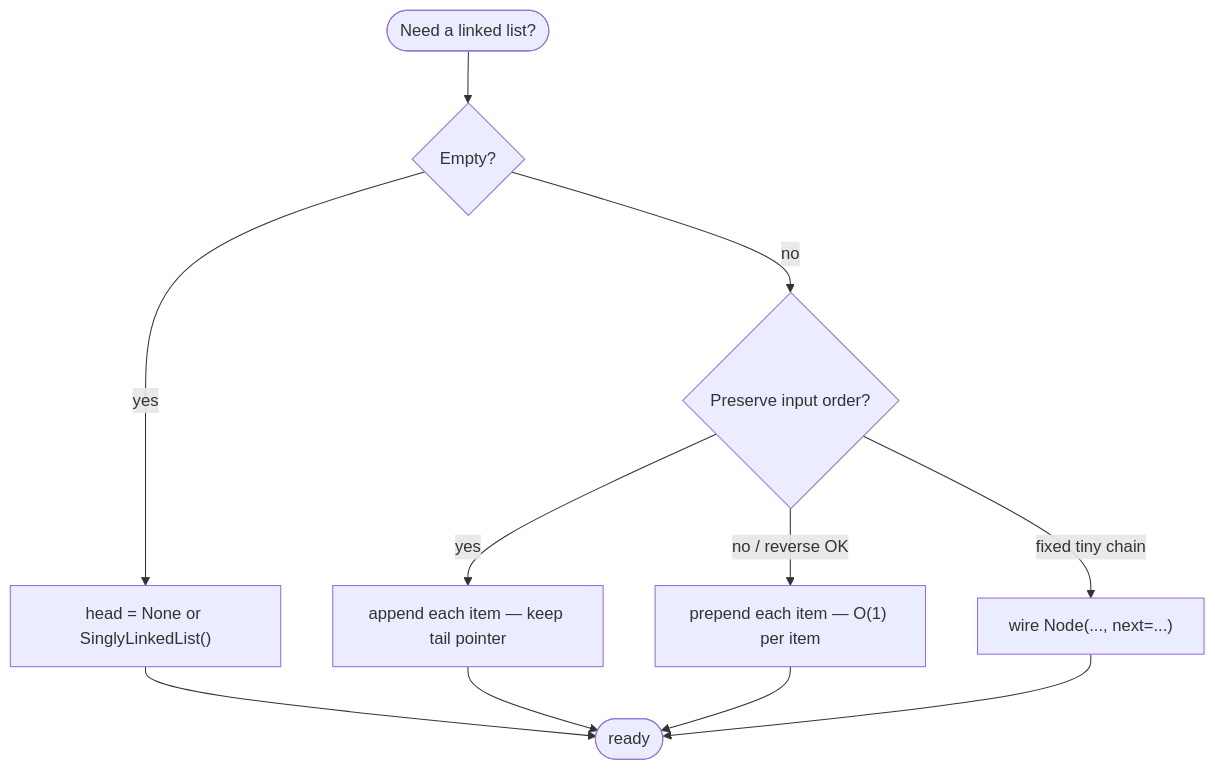
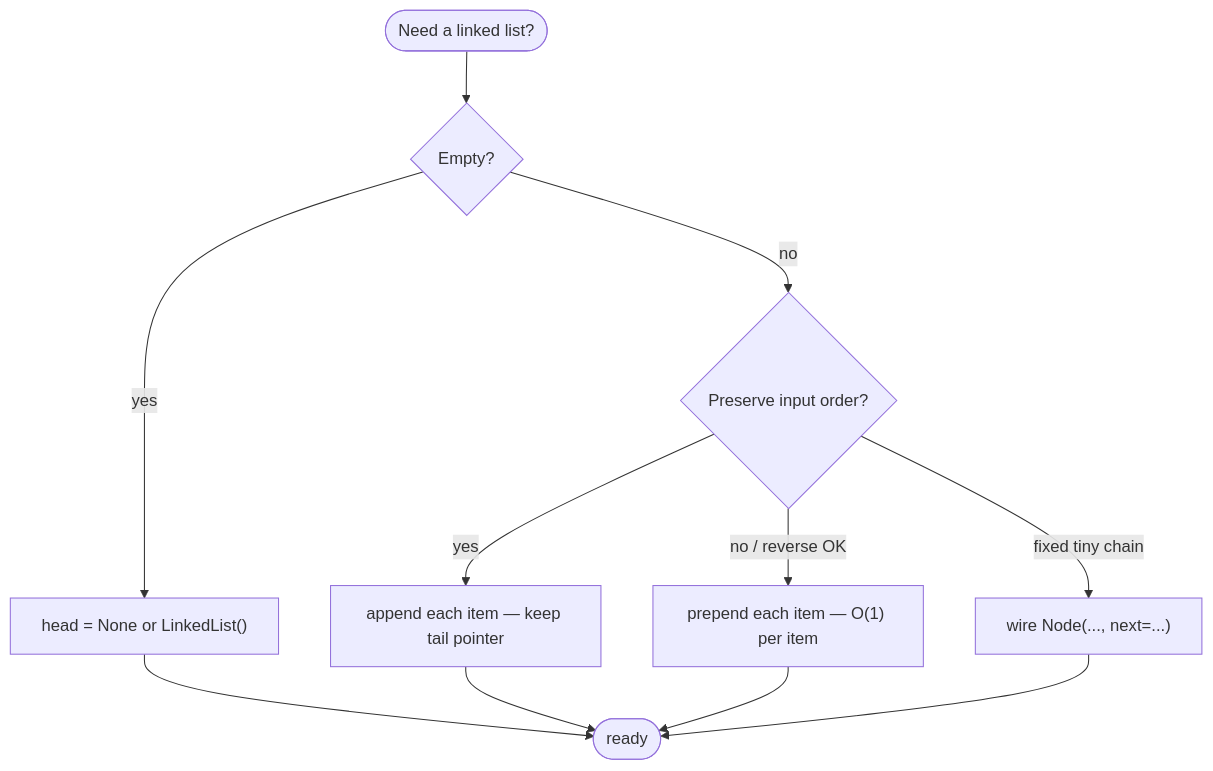
One commit to qgjones9/python-programming-guide changed the fourth of 13 diagrams in docs/dsa/data-structures/linked-list/index.md. Above: the diagram before and after it, drawn with Mermaid. The commit also changed other lines of this file and 3 other files, not shown here.

Commit message:
sync linked list docs with LinkedList implementation and add ll.py examples

````diff
--- a/docs/dsa/data-structures/linked-list/index.md
+++ b/docs/dsa/data-structures/linked-list/index.md
@@ -283,14 +275,14 @@
 ```mermaid
 flowchart TD
   Start([Need a linked list?])
   Start --> Empty{Empty?}
-  Empty -->|yes| E1["head = None or SinglyLinkedList()"]
+  Empty -->|yes| E1["head = None or LinkedList()"]
   Empty -->|no| Order{Preserve input order?}
   Order -->|yes| Tail["append each item — keep tail pointer"]
   Order -->|no / reverse OK| Head["prepend each item — O(1) per item"]
   Order -->|fixed tiny chain| Manual["wire Node(..., next=...)"]
   E1 --> Done([ready])
   Tail --> Done
   Head --> Done
   Manual --> Done
 ```
````
